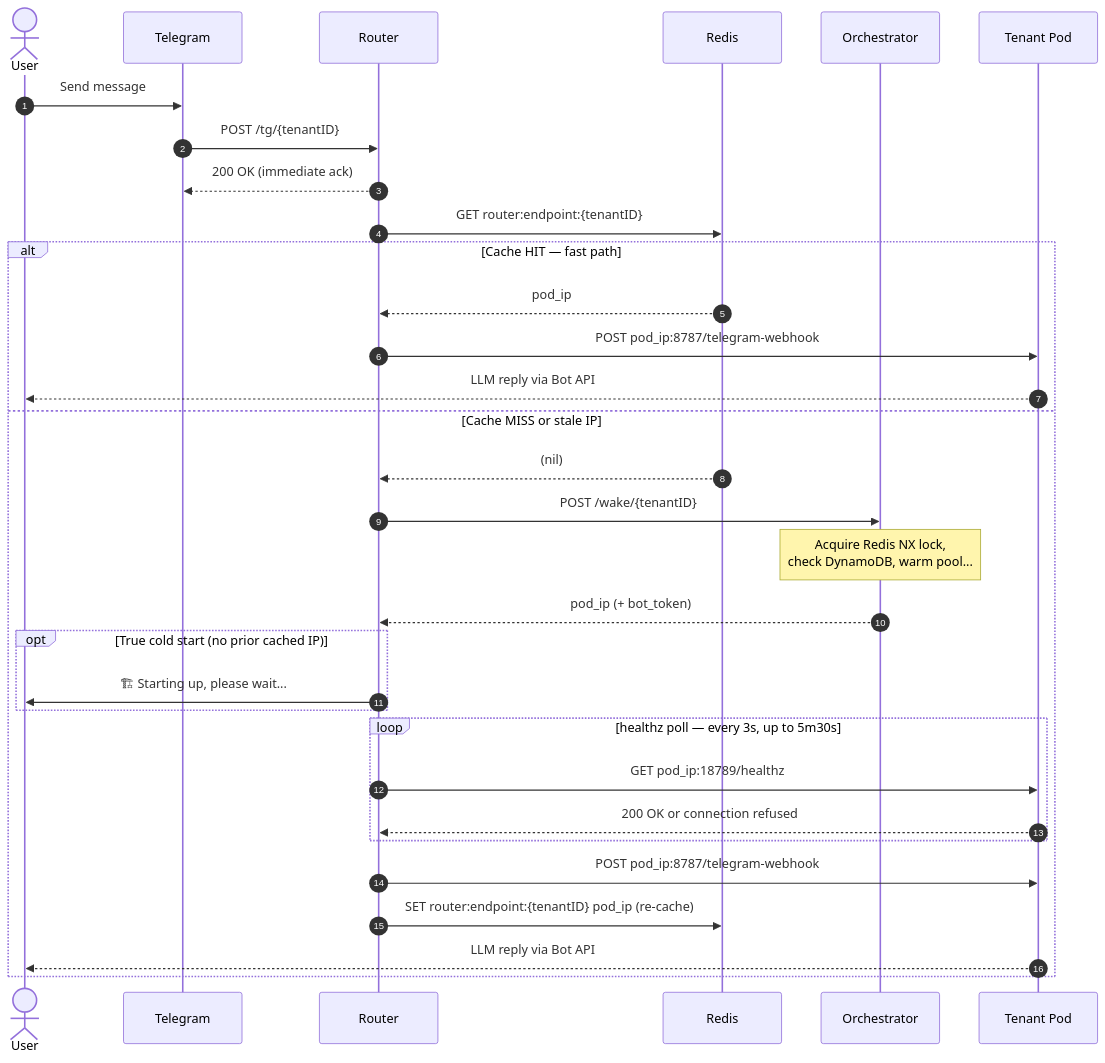
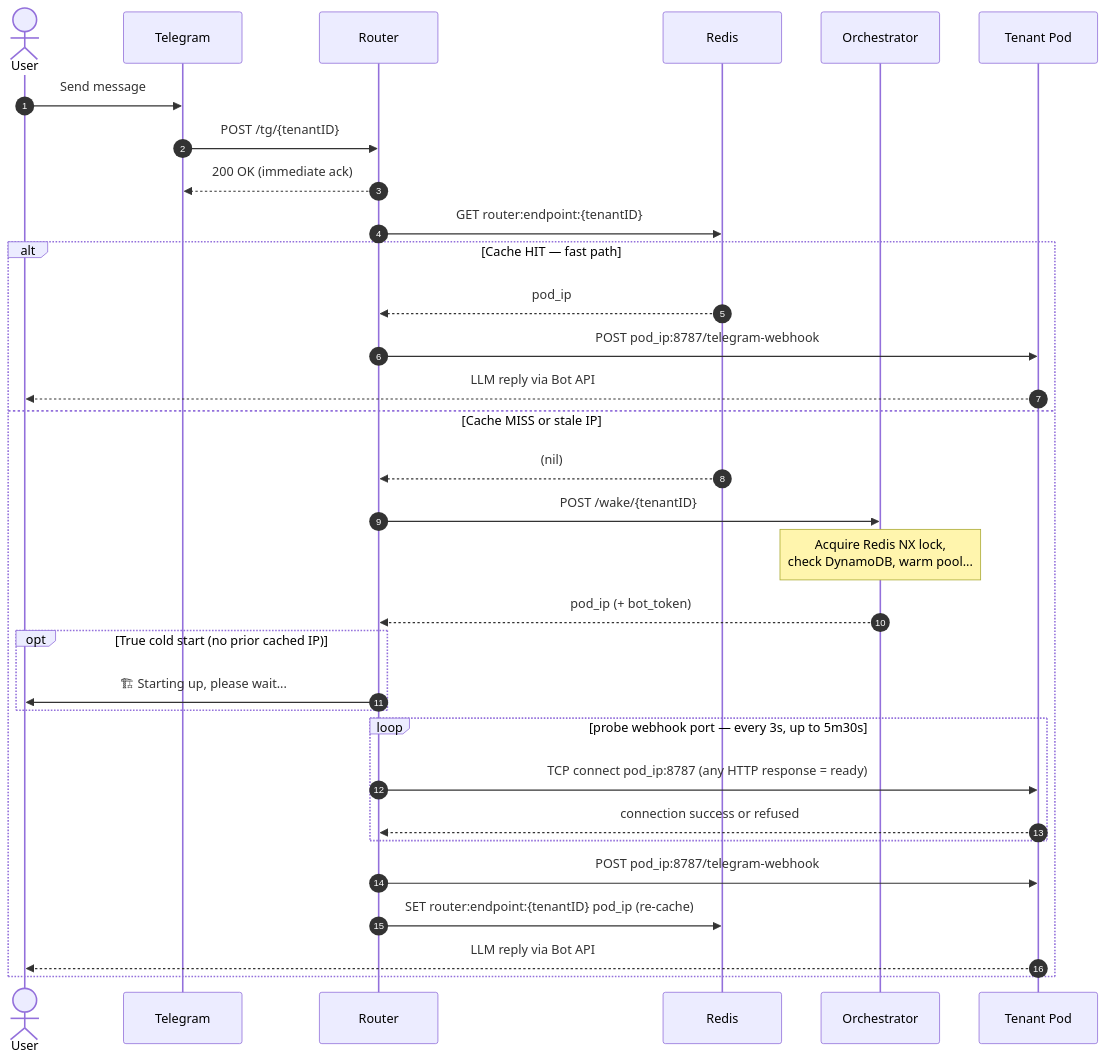
One commit to aws-samples/sample-multi-tenancy-openclaw-on-eks changed the third of 8 diagrams in docs/architecture.md. Above: the diagram before and after it, drawn with Mermaid. The commit also changed other lines of this file and 3 other files, not shown here.

````diff
--- a/docs/architecture.md
+++ b/docs/architecture.md
@@ -159,42 +159,42 @@
 ```mermaid
 sequenceDiagram
     autonumber
     actor User
     participant TG as Telegram
     participant Router
     participant Redis
     participant Orch as Orchestrator
     participant Pod as Tenant Pod
 
     User->>TG: Send message
     TG->>Router: POST /tg/{tenantID}
     Router-->>TG: 200 OK (immediate ack)
 
     Router->>Redis: GET router:endpoint:{tenantID}
 
     alt Cache HIT — fast path
         Redis-->>Router: pod_ip
         Router->>Pod: POST pod_ip:8787/telegram-webhook
         Pod-->>User: LLM reply via Bot API
     else Cache MISS or stale IP
         Redis-->>Router: (nil)
         Router->>Orch: POST /wake/{tenantID}
 
         Note over Orch: Acquire Redis NX lock,<br/>check DynamoDB, warm pool...
 
         Orch-->>Router: pod_ip (+ bot_token)
 
         opt True cold start (no prior cached IP)
             Router->>User: 🏗 Starting up, please wait...
         end
 
-        loop healthz poll — every 3s, up to 5m30s
-            Router->>Pod: GET pod_ip:18789/healthz
-            Pod-->>Router: 200 OK or connection refused
+        loop probe webhook port — every 3s, up to 5m30s
+            Router->>Pod: TCP connect pod_ip:8787 (any HTTP response = ready)
+            Pod-->>Router: connection success or refused
         end
 
         Router->>Pod: POST pod_ip:8787/telegram-webhook
         Router->>Redis: SET router:endpoint:{tenantID} pod_ip (re-cache)
         Pod-->>User: LLM reply via Bot API
     end
 ```
````
